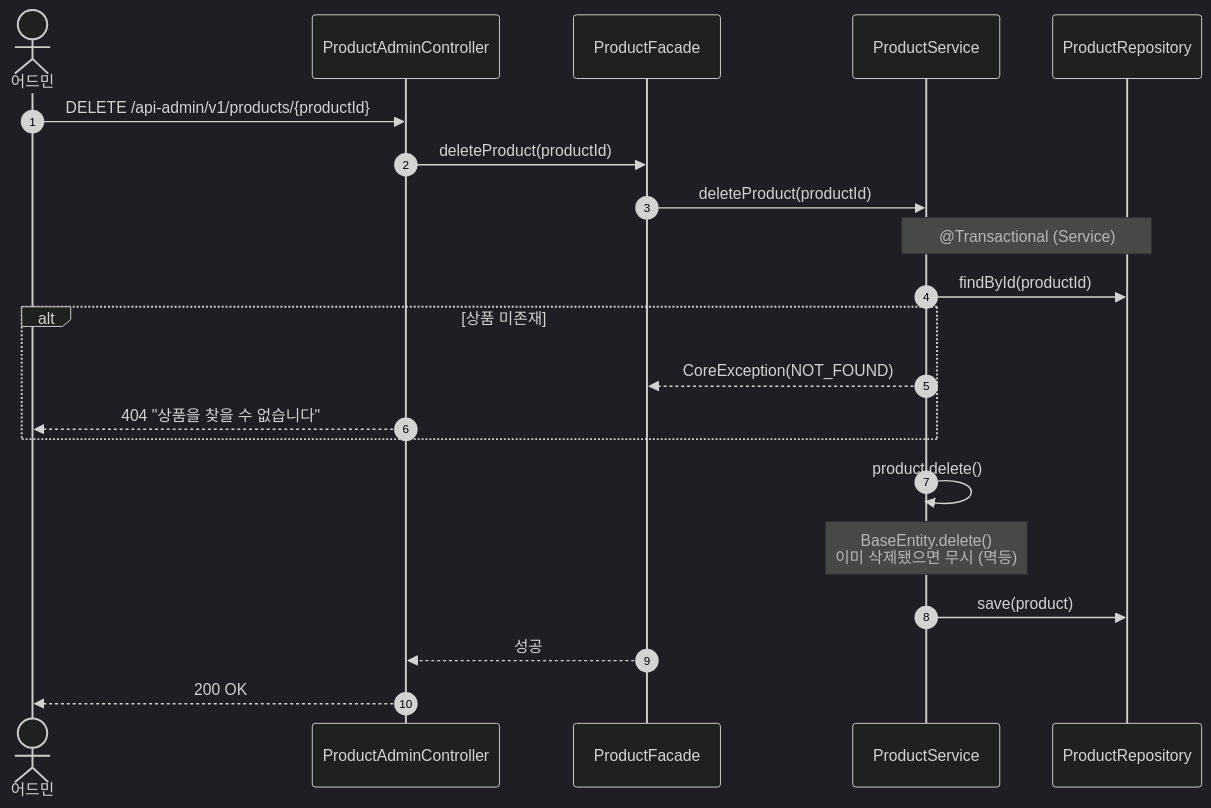
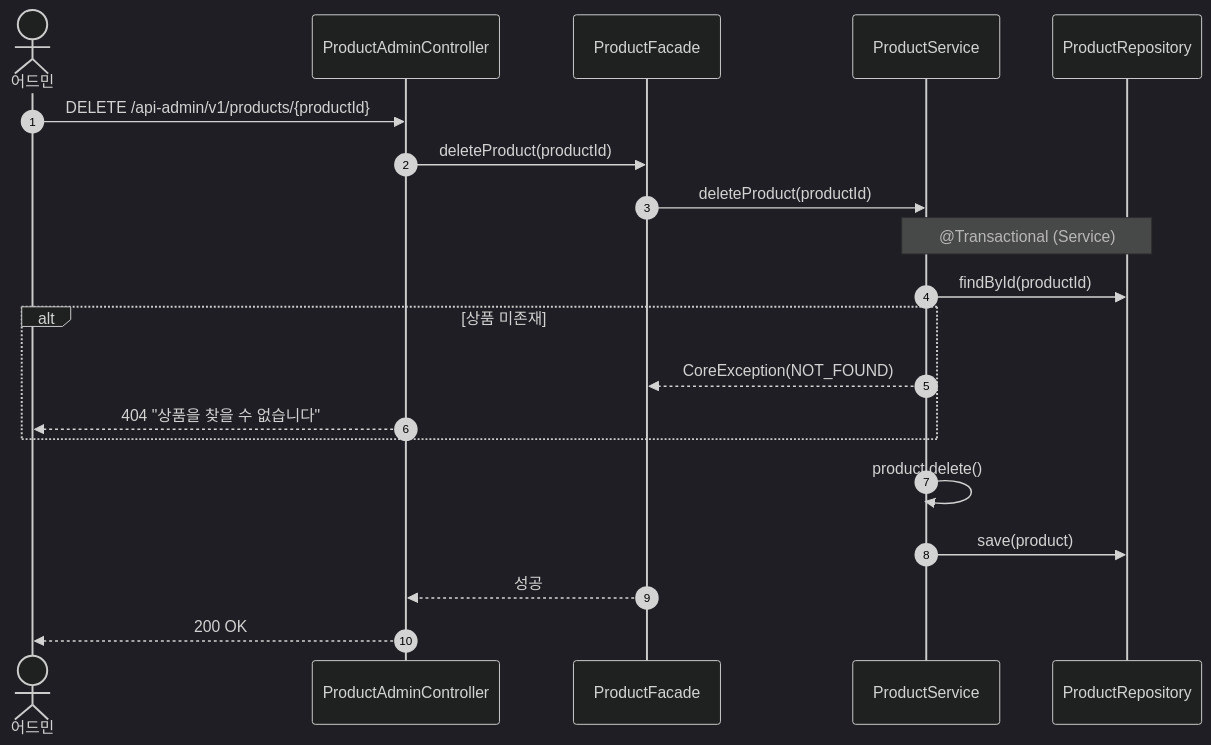
Before and after one commit to Loopers-dev-lab/loop-pack-be-l2-vol3-kotlin: diagram 13 of 21 in docs/design/02-sequence-diagrams.md, drawn with Mermaid (dark theme). The commit also changed other lines of this file and 4 other files, not shown here.

````diff
--- a/docs/design/02-sequence-diagrams.md
+++ b/docs/design/02-sequence-diagrams.md
@@ -452,27 +450,26 @@
 ```mermaid
 sequenceDiagram
     autonumber
     actor Admin as 어드민
     participant C as ProductAdminController
     participant F as ProductFacade
     participant PS as ProductService
     participant PR as ProductRepository
     Admin ->> C: DELETE /api-admin/v1/products/{productId}
     C ->> F: deleteProduct(productId)
     F ->> PS: deleteProduct(productId)
 
     Note over PS, PR: @Transactional (Service)
     PS ->> PR: findById(productId)
 
     alt 상품 미존재
         PS -->> F: CoreException(NOT_FOUND)
         C -->> Admin: 404 "상품을 찾을 수 없습니다"
     end
 
     PS ->> PS: product.delete()
-    Note over PS: BaseEntity.delete()<br/>이미 삭제됐으면 무시 (멱등)
     PS ->> PR: save(product)
 
     F -->> C: 성공
     C -->> Admin: 200 OK
 ```
````
